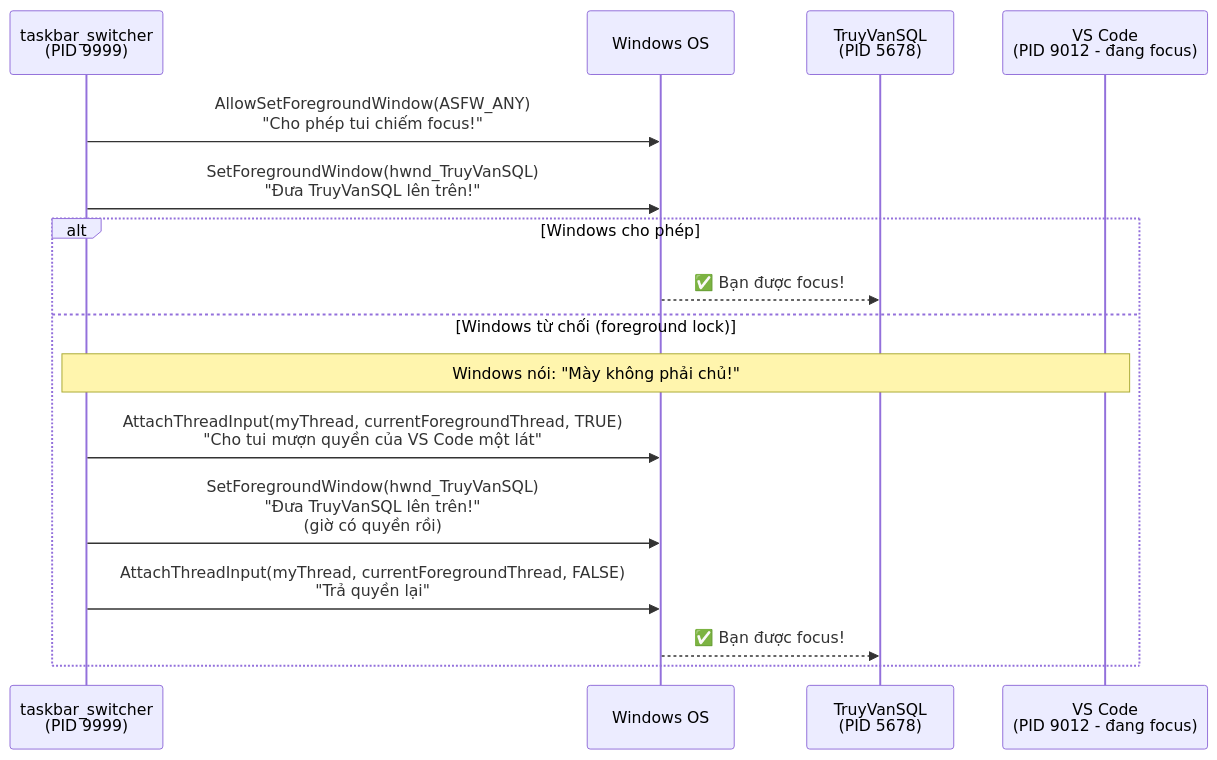
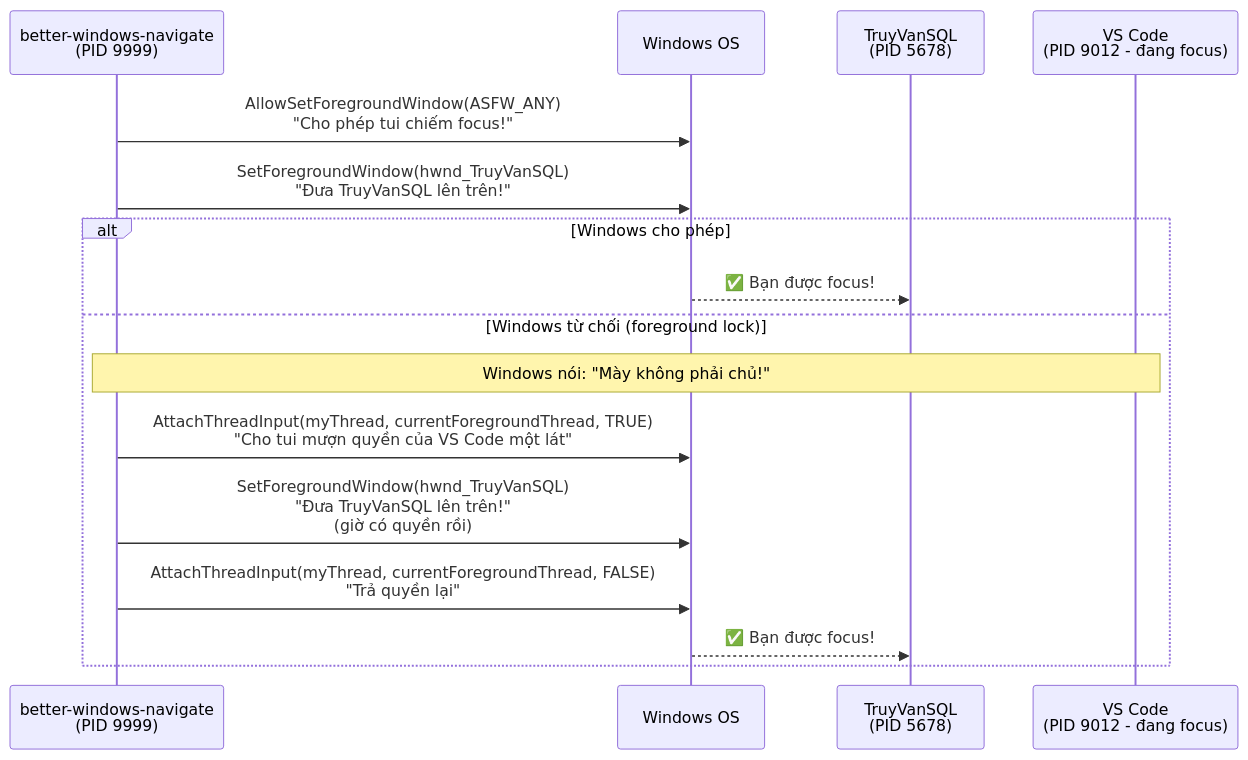
The ninth of 10 diagrams in docs/overview.md (congchuahiep/WinGlide), drawn with Mermaid before and after one commit. The commit also changed other lines of this file and 9 other files, not shown here.

````diff
--- a/docs/overview.md
+++ b/docs/overview.md
@@ -262,20 +262,20 @@
 ```mermaid
 sequenceDiagram
-    participant App as taskbar_switcher<br>(PID 9999)
+    participant App as better-windows-navigate<br>(PID 9999)
     participant OS as Windows OS
     participant Target as TruyVanSQL<br>(PID 5678)
     participant Current as VS Code<br>(PID 9012 - đang focus)
 
     App->>OS: AllowSetForegroundWindow(ASFW_ANY)<br>"Cho phép tui chiếm focus!"
     App->>OS: SetForegroundWindow(hwnd_TruyVanSQL)<br>"Đưa TruyVanSQL lên trên!"
 
     alt Windows cho phép
         OS-->>Target: ✅ Bạn được focus!
     else Windows từ chối (foreground lock)
         Note over App,Current: Windows nói: "Mày không phải chủ!"
         App->>OS: AttachThreadInput(myThread, currentForegroundThread, TRUE)<br>"Cho tui mượn quyền của VS Code một lát"
         App->>OS: SetForegroundWindow(hwnd_TruyVanSQL)<br>"Đưa TruyVanSQL lên trên!"<br>(giờ có quyền rồi)
         App->>OS: AttachThreadInput(myThread, currentForegroundThread, FALSE)<br>"Trả quyền lại"
         OS-->>Target: ✅ Bạn được focus!
     end
 ```
````
